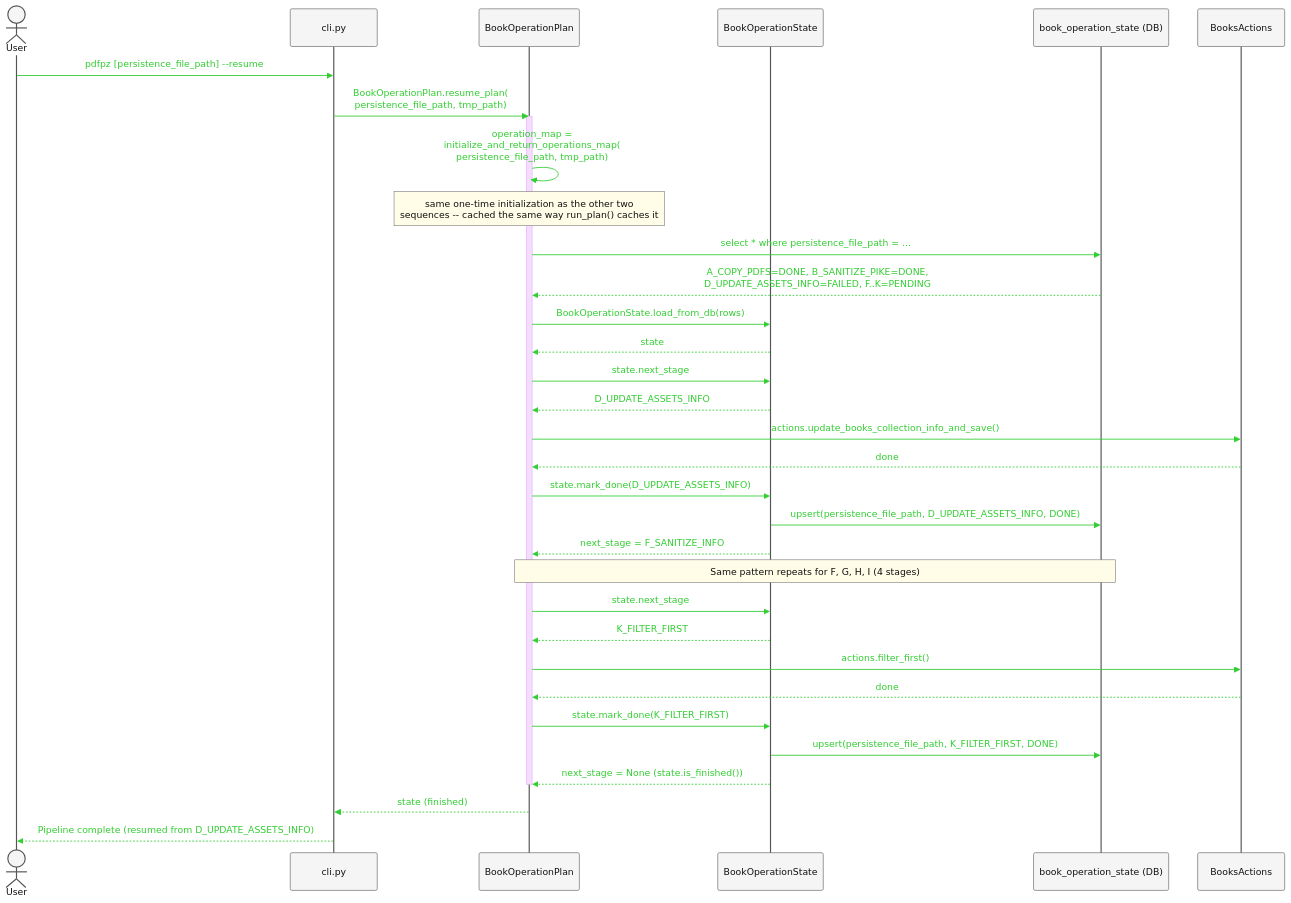
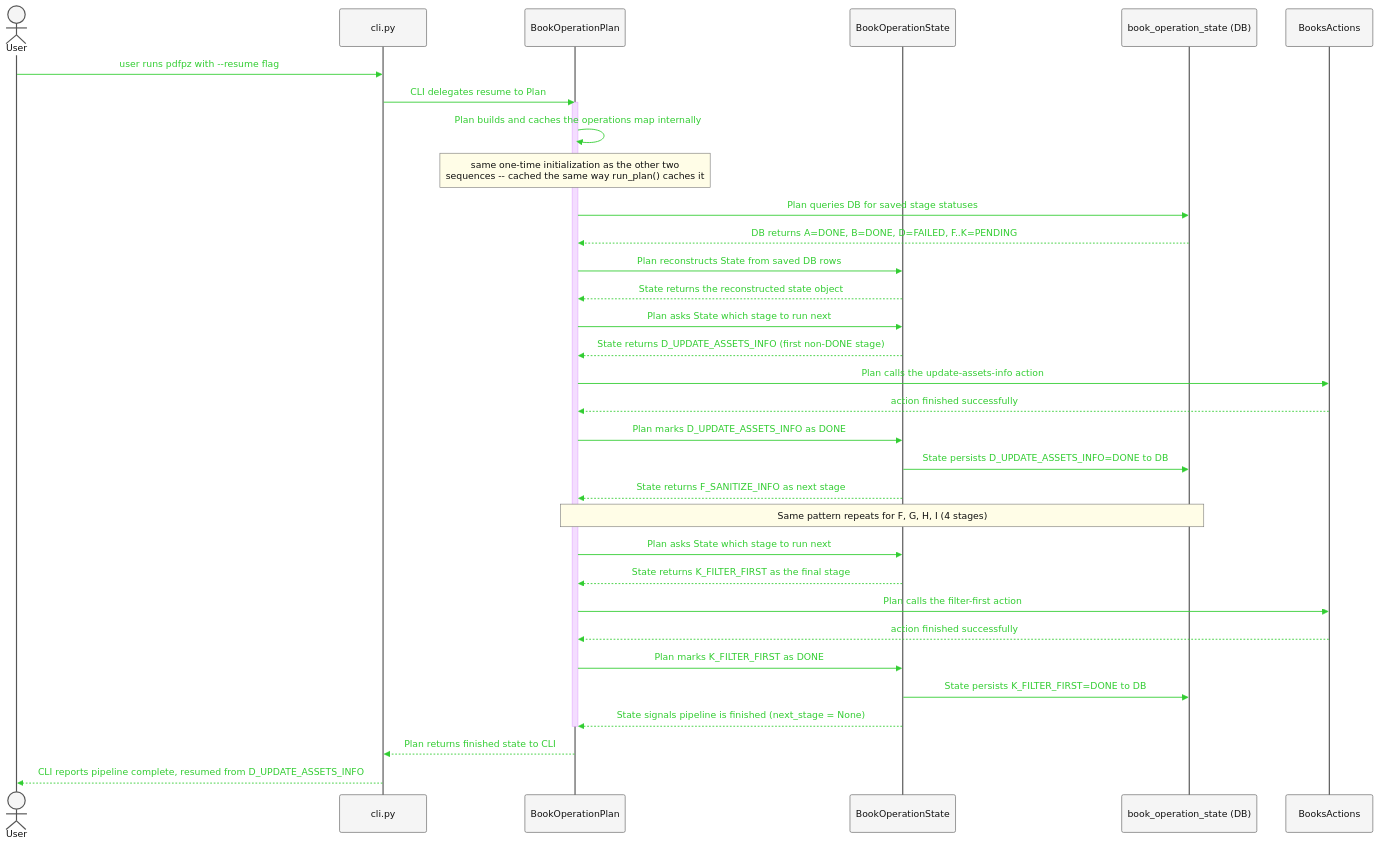
One commit to sdhube/forkpdfpz changed the third of 4 diagrams in src/pdfpz/Docs/api-cli-hl.md. Above: the diagram before and after it, drawn with Mermaid. The commit also changed other lines of this file, not shown here.

Commit message:
replace sequence arrow text with plain English descriptions

````diff
--- a/src/pdfpz/Docs/api-cli-hl.md
+++ b/src/pdfpz/Docs/api-cli-hl.md
@@ -216,56 +216,56 @@
 ```mermaid
 %%{init: {
   "theme": "base",
   "themeVariables": {
     "fontSize": "48px",
     "actorFontSize": "48px",
     "messageFontSize": "44px",
     "noteFontSize": "40px",
     "actorBkg": "#f5f5f5",
     "actorBorder": "#555555",
     "actorTextColor": "#111111",
     "signalColor": "#32CD32",
     "signalTextColor": "#32CD32",
     "labelTextColor": "#32CD32",
     "noteBkgColor": "#fffde7",
     "noteBorderColor": "#777777",
     "noteTextColor": "#111111"
   },
   "themeCSS": ".messageText,.signalText,.labelText{fill:#32CD32 !important;stroke:none !important;} .messageLine0,.messageLine1{stroke:#32CD32 !important;}"
 }}%%
 sequenceDiagram
     actor User
     participant CLI as cli.py
     participant Plan as BookOperationPlan
     participant State as BookOperationState
     participant DB as book_operation_state (DB)
     participant Actions as BooksActions
 
-    User->>CLI: pdfpz [persistence_file_path] --resume
-    CLI->>Plan: BookOperationPlan.resume_plan(<br/>persistence_file_path, tmp_path)
+    User->>CLI: user runs pdfpz with --resume flag
+    CLI->>Plan: CLI delegates resume to Plan
     activate Plan
-    Plan->>Plan: operation_map =<br/>initialize_and_return_operations_map(<br/>persistence_file_path, tmp_path)
+    Plan->>Plan: Plan builds and caches the operations map internally
     Note over Plan: same one-time initialization as the other two<br/>sequences -- cached the same way run_plan() caches it
-    Plan->>DB: select * where persistence_file_path = ...
-    DB-->>Plan: A_COPY_PDFS=DONE, B_SANITIZE_PIKE=DONE,<br/>D_UPDATE_ASSETS_INFO=FAILED, F..K=PENDING
-    Plan->>State: BookOperationState.load_from_db(rows)
-    State-->>Plan: state
-    Plan->>State: state.next_stage
-    State-->>Plan: D_UPDATE_ASSETS_INFO
-    Plan->>Actions: actions.update_books_collection_info_and_save()
-    Actions-->>Plan: done
-    Plan->>State: state.mark_done(D_UPDATE_ASSETS_INFO)
-    State->>DB: upsert(persistence_file_path, D_UPDATE_ASSETS_INFO, DONE)
-    State-->>Plan: next_stage = F_SANITIZE_INFO
+    Plan->>DB: Plan queries DB for saved stage statuses
+    DB-->>Plan: DB returns A=DONE, B=DONE, D=FAILED, F..K=PENDING
+    Plan->>State: Plan reconstructs State from saved DB rows
+    State-->>Plan: State returns the reconstructed state object
+    Plan->>State: Plan asks State which stage to run next
+    State-->>Plan: State returns D_UPDATE_ASSETS_INFO (first non-DONE stage)
+    Plan->>Actions: Plan calls the update-assets-info action
+    Actions-->>Plan: action finished successfully
+    Plan->>State: Plan marks D_UPDATE_ASSETS_INFO as DONE
+    State->>DB: State persists D_UPDATE_ASSETS_INFO=DONE to DB
+    State-->>Plan: State returns F_SANITIZE_INFO as next stage
     Note over Plan,DB: Same pattern repeats for F, G, H, I (4 stages)
-    Plan->>State: state.next_stage
-    State-->>Plan: K_FILTER_FIRST
-    Plan->>Actions: actions.filter_first()
-    Actions-->>Plan: done
-    Plan->>State: state.mark_done(K_FILTER_FIRST)
-    State->>DB: upsert(persistence_file_path, K_FILTER_FIRST, DONE)
-    State-->>Plan: next_stage = None (state.is_finished())
+    Plan->>State: Plan asks State which stage to run next
+    State-->>Plan: State returns K_FILTER_FIRST as the final stage
+    Plan->>Actions: Plan calls the filter-first action
+    Actions-->>Plan: action finished successfully
+    Plan->>State: Plan marks K_FILTER_FIRST as DONE
+    State->>DB: State persists K_FILTER_FIRST=DONE to DB
+    State-->>Plan: State signals pipeline is finished (next_stage = None)
     deactivate Plan
-    Plan-->>CLI: state (finished)
-    CLI-->>User: Pipeline complete (resumed from D_UPDATE_ASSETS_INFO)
+    Plan-->>CLI: Plan returns finished state to CLI
+    CLI-->>User: CLI reports pipeline complete, resumed from D_UPDATE_ASSETS_INFO
 ```
````
